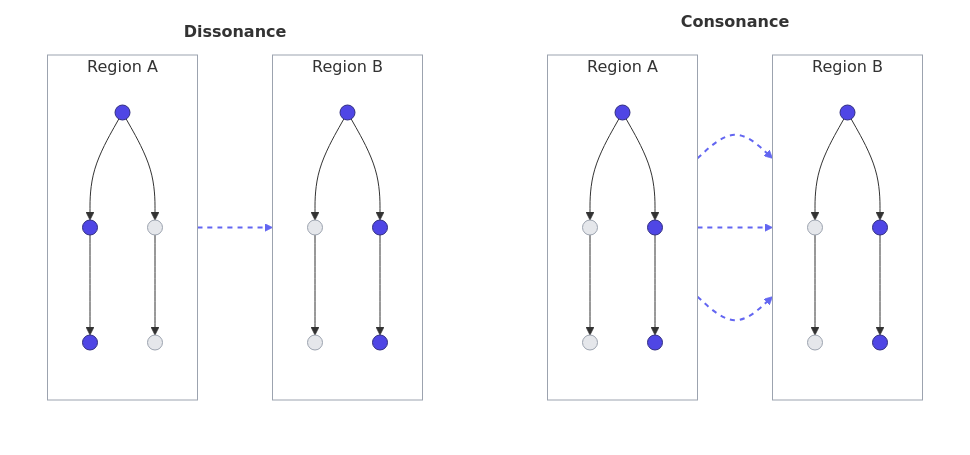
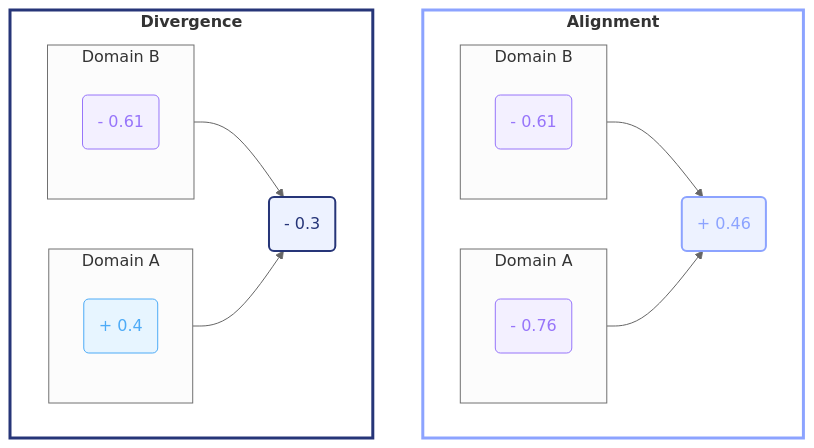
The sixth of 8 diagrams in content/commons/01-overview.mdx (clairemira/miranova), drawn with Mermaid before and after one commit. The commit also changed other lines of this file, not shown here.

Commit message:
Updated docs and added more graphs

````diff
--- a/content/commons/01-overview.mdx
+++ b/content/commons/01-overview.mdx
@@ -665,108 +626,62 @@
 ```mermaid
-graph TD
+---
+config:
+  flowchart:
+    curve: basis
+  theme: neutral
+---
+flowchart TB
+  subgraph ALI["<strong>Alignment</strong>"]
+    direction LR
 
-    subgraph Consonance["<b>Consonance</b>"]
-        direction LR
-
-        subgraph ConsonanceA["Region A"]
-            direction TD
-
-            A(( ))
-            B(( ))
-            C(( ))
-            D(( ))
-            E(( ))
-
-            A --> B
-            A --> C
-            B --> D
-            C --> E
-        end
-
-        subgraph ConsonanceB["Region B"]
-            direction TD
-
-            A2(( ))
-            B2(( ))
-            C2(( ))
-            D2(( ))
-            E2(( ))
-
-            A2 --> B2
-            A2 --> C2
-            B2 --> D2
-            C2 --> E2
-        end
+    subgraph DA["Domain A"]
+      direction TB
+      L1("- 0.76")
     end
 
-    subgraph Dissonance["<b>Dissonance</b>"]
-        direction LR
+    PROD1("+ 0.46")
 
-        subgraph DissonanceA["Region A"]
-            direction TD
+    subgraph DB["Domain B"]
+      direction TB
 
-            F(( ))
-            G(( ))
-            H(( ))
-            I(( ))
-            J(( ))
+      L2("- 0.61")
+    end
+  end
 
-            F --> G
-            F --> H
-            G --> I
-            H --> J
-        end
+  L1 --> PROD1
+  L2 --> PROD1
 
-        subgraph DissonanceB["Region B"]
-            direction TD
+  subgraph DIV["<strong>Divergence</strong>"]
+    direction LR
 
-            F2(( ))
-            G2(( ))
-            H2(( ))
-            I2(( ))
-            J2(( ))
+    subgraph DA2["Domain A"]
+      direction TB
 
-            F2 --> G2
-            F2 --> H2
-            G2 --> I2
-            H2 --> J2
-        end
+      L3("+ 0.4")
     end
 
-    %% Consonance correspondence mappings
-    A -.-> A2
-    C -.-> C2
-    E -.-> E2
+    PROD2("- 0.3")
 
-    %% Dissonance: only one surviving correspondence mapping
-    F -.-> F2
+    subgraph DB2["Domain B"]
+      direction TB
 
-    %% Significant / committal structures
-    class A,C,E,A2,C2,E2 longestPath
+      L4("- 0.61")
+    end
+  end
 
-    %% Dissonant committal structures intentionally vary
-    class F,G,I,F2,H2,J2 longestPath
+  L3 --> PROD2
+  L4 --> PROD2
 
-    %% Supporting structure
-    class B,D,B2,D2,H,J,G2,I2 otherNode
+  classDef blueNode fill:#e7f5ff,stroke:#4dabf7,color:#4dabf7
+  classDef violetNode fill:#f3f0ff,stroke:#9775fa,color:#9775fa
+  classDef aliNode fill:#edf2ff,stroke:#8ca3ff,color:#8ca3ff,stroke-width:2px
+  classDef divNode fill:#edf2ff,stroke:#263578,color:#263578,stroke-width:2px
 
-    %% Styles
-    classDef longestPath fill:#4f46e5,stroke:#312e81,color:#fff
-    classDef otherNode fill:#e5e7eb,stroke:#9ca3af,color:#111
+  class L3 blueNode
+  class L1,L2,L4 violetNode
+  class PROD1 aliNode
+  class PROD2 divNode
 
-    %% Group boundaries
-    style Consonance fill:transparent,stroke:none
-    style Dissonance fill:transparent,stroke:none
-
-    %% Region boundaries
-    style ConsonanceA fill:transparent,stroke:#9ca3af,stroke-width:1px
-    style ConsonanceB fill:transparent,stroke:#9ca3af,stroke-width:1px
-    style DissonanceA fill:transparent,stroke:#9ca3af,stroke-width:1px
-    style DissonanceB fill:transparent,stroke:#9ca3af,stroke-width:1px
-
-    %% Only correspondence mappings are indigo + dashed
-    linkStyle 16 stroke:#6366f1,stroke-width:2px,stroke-dasharray:5 5
-    linkStyle 17 stroke:#6366f1,stroke-width:2px,stroke-dasharray:5 5
-    linkStyle 18 stroke:#6366f1,stroke-width:2px,stroke-dasharray:5 5
-    linkStyle 19 stroke:#6366f1,stroke-width:2px,stroke-dasharray:5 5
+  style ALI fill:transparent,stroke:#8ca3ff,stroke-width:3px
+  style DIV fill:transparent,stroke:#263578,stroke-width:3px
 ```
````
